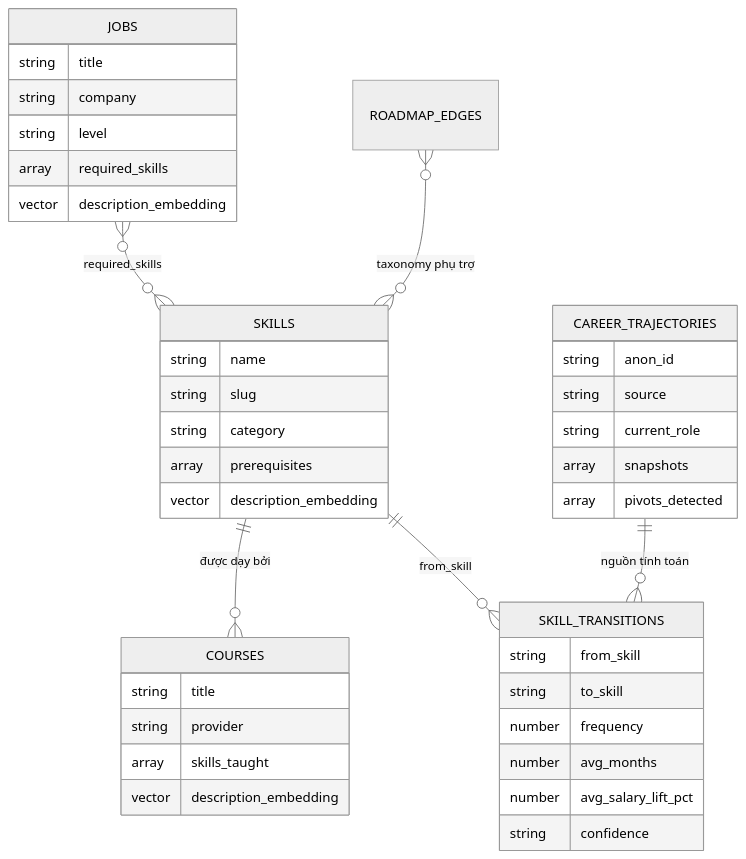
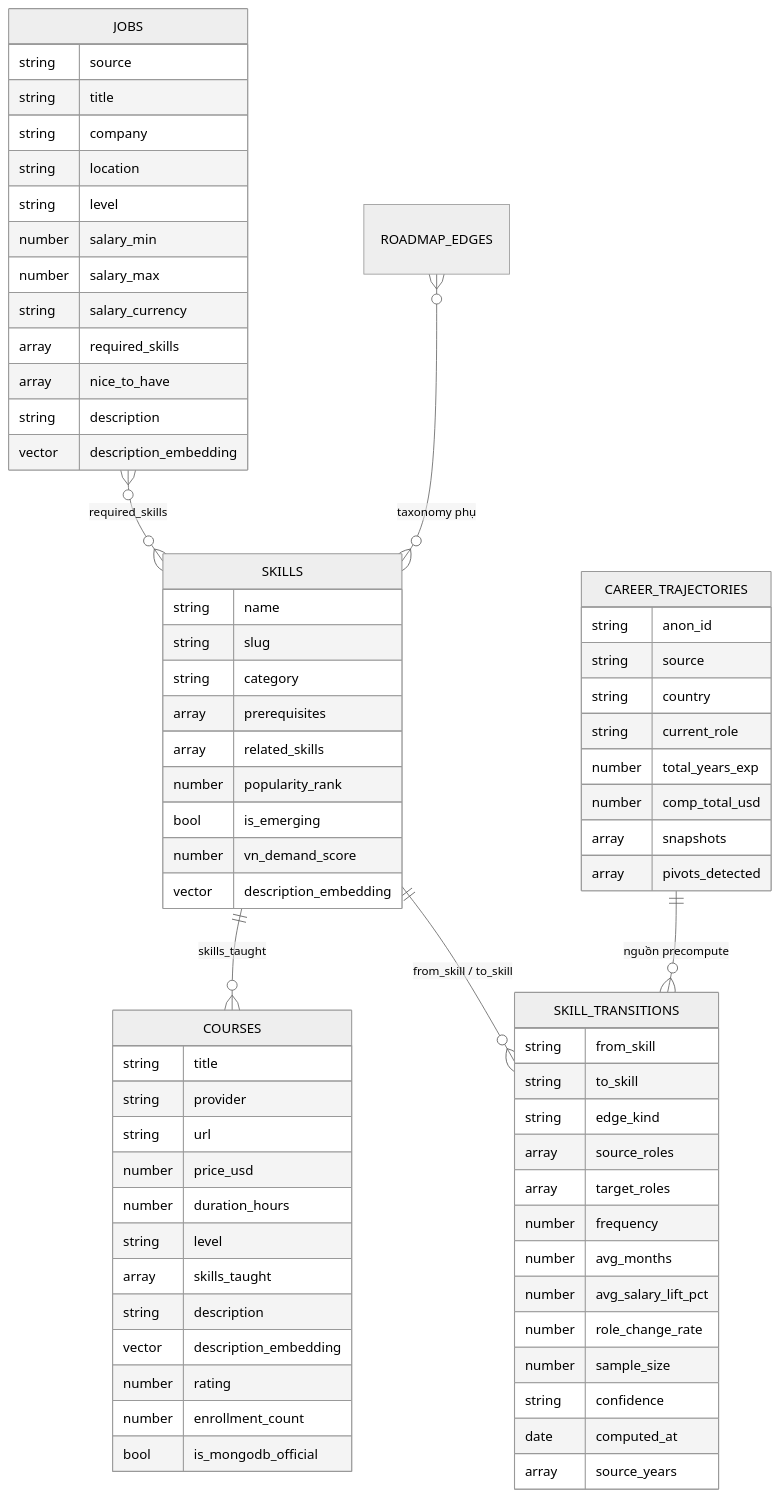
Before and after one commit to trahoangdev/path-finder: the fifth of 13 diagrams in docs/TECHNICAL_DOC.md, drawn with Mermaid (neutral theme). The commit also changed other lines of this file and 52 other files, not shown here.

````diff
--- a/docs/TECHNICAL_DOC.md
+++ b/docs/TECHNICAL_DOC.md
@@ -249,44 +301,73 @@
 ```mermaid
 erDiagram
-    SKILLS ||--o{ COURSES : "được dạy bởi"
-    SKILLS ||--o{ SKILL_TRANSITIONS : "from_skill"
-    CAREER_TRAJECTORIES ||--o{ SKILL_TRANSITIONS : "nguồn tính toán"
+    SKILLS ||--o{ COURSES : "skills_taught"
+    SKILLS ||--o{ SKILL_TRANSITIONS : "from_skill / to_skill"
+    CAREER_TRAJECTORIES ||--o{ SKILL_TRANSITIONS : "nguồn precompute"
     JOBS }o--o{ SKILLS : "required_skills"
-    ROADMAP_EDGES }o--o{ SKILLS : "taxonomy phụ trợ"
+    ROADMAP_EDGES }o--o{ SKILLS : "taxonomy phụ"
 
     SKILLS {
       string name
       string slug
       string category
       array prerequisites
+      array related_skills
+      number popularity_rank
+      bool is_emerging
+      number vn_demand_score
       vector description_embedding
     }
     COURSES {
       string title
       string provider
+      string url
+      number price_usd
+      number duration_hours
+      string level
       array skills_taught
+      string description
       vector description_embedding
+      number rating
+      number enrollment_count
+      bool is_mongodb_official
     }
     JOBS {
+      string source
       string title
       string company
+      string location
       string level
+      number salary_min
+      number salary_max
+      string salary_currency
       array required_skills
+      array nice_to_have
+      string description
       vector description_embedding
     }
     CAREER_TRAJECTORIES {
       string anon_id
       string source
+      string country
       string current_role
+      number total_years_exp
+      number comp_total_usd
       array snapshots
       array pivots_detected
     }
     SKILL_TRANSITIONS {
       string from_skill
       string to_skill
+      string edge_kind
+      array source_roles
+      array target_roles
       number frequency
       number avg_months
       number avg_salary_lift_pct
+      number role_change_rate
+      number sample_size
       string confidence
+      date computed_at
+      array source_years
     }
 ```
````
